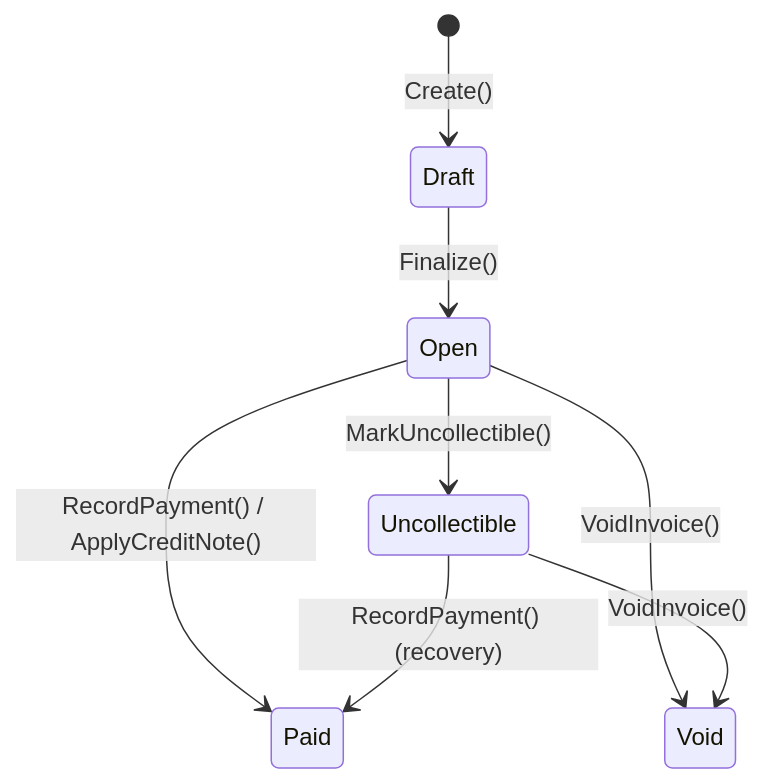
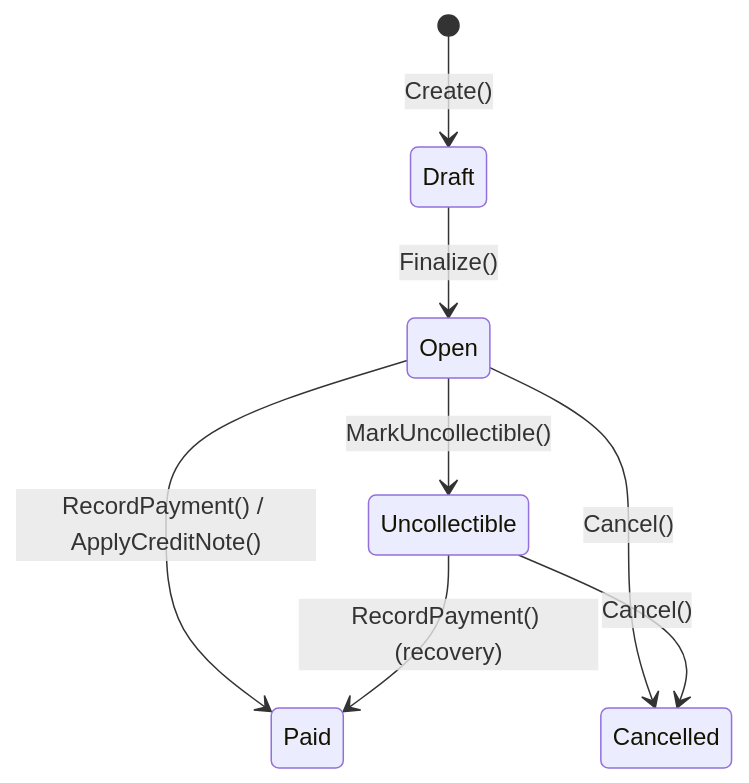
One commit to granit-fx/granit-docs changed the diagram in src/content/docs/dotnet/saas/invoicing.mdx. Above: the diagram before and after it, drawn with Mermaid. The commit also changed other lines of this file and 63 other files, not shown here.

````diff
--- a/src/content/docs/dotnet/saas/invoicing.mdx
+++ b/src/content/docs/dotnet/saas/invoicing.mdx
@@ -35,10 +39,10 @@
 ```mermaid
 stateDiagram-v2
     [*] --> Draft: Create()
     Draft --> Open: Finalize()
     Open --> Paid: RecordPayment() / ApplyCreditNote()
-    Open --> Void: VoidInvoice()
+    Open --> Cancelled: Cancel()
     Open --> Uncollectible: MarkUncollectible()
     Uncollectible --> Paid: RecordPayment() (recovery)
-    Uncollectible --> Void: VoidInvoice()
+    Uncollectible --> Cancelled: Cancel()
 ```
````
